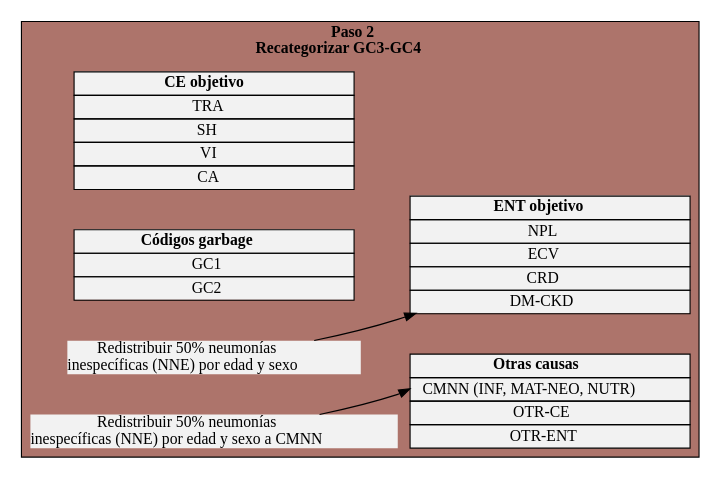
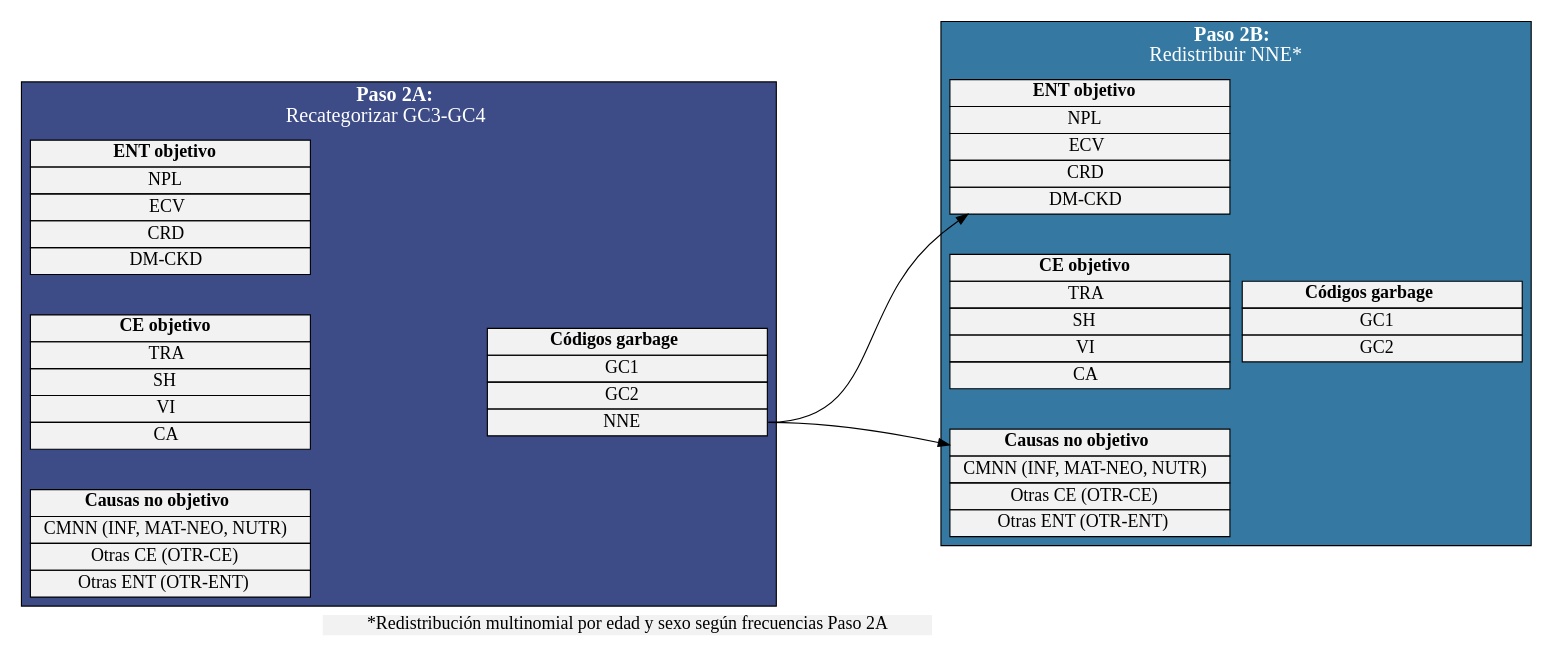
The third of 5 diagrams in index.qmd (datos-ine/power_recod_GC), drawn with Graphviz before and after one commit. The commit also changed other lines of this file and 37 other files, not shown here.

````diff
--- a/index.qmd
+++ b/index.qmd
@@ -515,10 +650,10 @@
 ```{dot}
-//| id: Paso 2
+//| id: Paso 2B
 digraph G {
-    rankdir=LR
+  rankdir=LR
    graph[
-    fontsize = 14
-    fontname="Times-Roman"
+    fontsize = 18
+    fontname="Calibri"
     style = filled
     nodesep=.5
     ranksep=.15
@@ -529,37 +664,37 @@
     shape = plain
     style = filled
     fillcolor="grey95"
-    fontsize = 14
-    fontname="Times-Roman"
+    fontsize = 16
+    fontname="Calibri"
     width=3.25
    ]
-   
-   subgraph cluster_paso2{    
-    fillcolor="#92463ABF"
-    label = <<b>Paso 2<br/>Recategorizar GC3-GC4</b>>
-    
   
-  ent2[label = <
+   subgraph cluster_paso2A{  
+    fillcolor= "#3D4B87"
+    fontcolor=white
+    label = <<b>Paso 2A:</b><br/> Recategorizar GC3-GC4>
+  
+    ent2a[label = <
     <table border="0" cellborder = "1" cellspacing  ="0">
     <tr>
     <td width="250"><b>ENT objetivo</b></td>
     </tr>
     <tr>
     <td> NPL </td>
-    </tr>
+    </tr>    
     <tr>
     <td> ECV </td>
     </tr>
     <tr>
     <td> CRD </td>
-    </tr>
+    </tr>    
     <tr>
     <td> DM-CKD </td>
     </tr>
     </table>
     >]
   
-    ce2[label = <
+    ce2a[label = <
     <table border="0" cellborder = "1" cellspacing  ="0">
     <tr>
     <td width="250"><b>CE objetivo</b></td>
@@ -569,34 +704,34 @@
     </tr>
     <tr>
     <td> SH </td>
+    </tr>    
+    <tr>
+    <td> VI </td>
+    </tr> 
+    <tr>
+    <td> CA </td>
+    </tr> 
+    </table>
+    >]
+  
+    otras2a[label = <
+    <table border="0" cellborder = "1" cellspacing  ="0">
+    <tr>
+    <td width="250"><b>Causas no objetivo</b></td>
     </tr>
     <tr>
-    <td> VI </td>
+    <td> CMNN (INF, MAT-NEO, NUTR) </td>
     </tr>
     <tr>
-    <td> CA </td>
-    </tr>
-       </table>
-    >]
-  
-    otras2[label = <
-    <table border="0" cellborder = "1" cellspacing  ="0">
-    <tr>
-    <td width="250"><b>Otras causas</b></td>
+    <td> Otras CE (OTR-CE) </td>
     </tr>
     <tr>
-    <td port = "cmnn"> CMNN (INF, MAT-NEO, NUTR) </td>
-    </tr>
-    <tr>
-    <td> OTR-CE </td>
-    </tr>
-    <tr>
-    <td> OTR-ENT</td>
+    <td> Otras ENT (OTR-ENT) </td>
     </tr>
     </table>
     >]
   
-  gc2[label = <
+    gc2a[label = <
     <table border="0" cellborder = "1" cellspacing  ="0">
     <tr>
     <td width="250"><b>Códigos garbage</b></td>
@@ -605,17 +740,100 @@
     <td> GC1 </td>
     </tr>
     <tr>
-    <td port="gc2"> GC2 </td>
+    <td> GC2 </td>
+    </tr>
+    <tr>
+    <td port="nne"> NNE </td>
+    </tr>
+    </table>
+    >]
+   }
+
+subgraph cluster_paso2B{  
+    fillcolor= "#3579A2"
+    fontcolor=white
+    label = <<b>Paso 2B:</b><br/> Redistribuir NNE*>
+  
+    ent2b[label = <
+    <table border="0" cellborder = "1" cellspacing  ="0">
+    <tr>
+    <td width="250"><b>ENT objetivo</b></td>
+    </tr>
+    <tr>
+    <td> NPL </td>
+    </tr>    
+    <tr>
+    <td> ECV </td>
+    </tr>
+    <tr>
+    <td> CRD </td>
+    </tr>    
+    <tr>
+    <td> DM-CKD </td>
     </tr>
     </table>
     >]
   
-   a[label=<Redistribuir 50% neumonías <br/> inespecíficas (NNE) por edad y sexo>]
+    ce2b[label = <
+    <table border="0" cellborder = "1" cellspacing  ="0">
+    <tr>
+    <td width="250"><b>CE objetivo</b></td>
+    </tr>
+    <tr>
+    <td> TRA </td>
+    </tr>
+    <tr>
+    <td> SH </td>
+    </tr>    
+    <tr>
+    <td> VI </td>
+    </tr> 
+    <tr>
+    <td> CA </td>
+    </tr> 
+    </table>
+    >]
+  
+    otras2b[label = <
+    <table border="0" cellborder = "1" cellspacing  ="0">
+    <tr>
+    <td width="250"><b>Causas no objetivo</b></td>
+    </tr>
+    <tr>
+    <td port="cmnn"> CMNN (INF, MAT-NEO, NUTR) </td>
+    </tr>
+    <tr>
+    <td> Otras CE (OTR-CE) </td>
+    </tr>
+    <tr>
+    <td> Otras ENT (OTR-ENT) </td>
+    </tr>
+    </table>
+    >]
+  
+    gc2b[label = <
+    <table border="0" cellborder = "1" cellspacing  ="0">
+    <tr>
+    <td width="250"><b>Códigos garbage</b></td>
+    </tr>
+    <tr>
+    <td> GC1 </td>
+    </tr>
+    <tr>
+    <td> GC2 </td>
+    </tr>
+    </table>
+    >]
+   }
 
-   b[label=<Redistribuir 50% neumonías <br/> inespecíficas (NNE) por edad y sexo a CMNN>]
+   t1[label = "*Redistribución multinomial por edad y sexo según frecuencias Paso 2A"]
 
-  
-  a -> ent2 
-   b -> otras2:cmnn
-   }}
+ce2a -> gc2a [style="invis"]
+ce2b -> gc2b [style="invis"]
+
+gc2a:nne -> {ent2b otras2b:cmnn}
+
+otras2a -> t1 [style="invis"]
+
+   }
 ```
````
